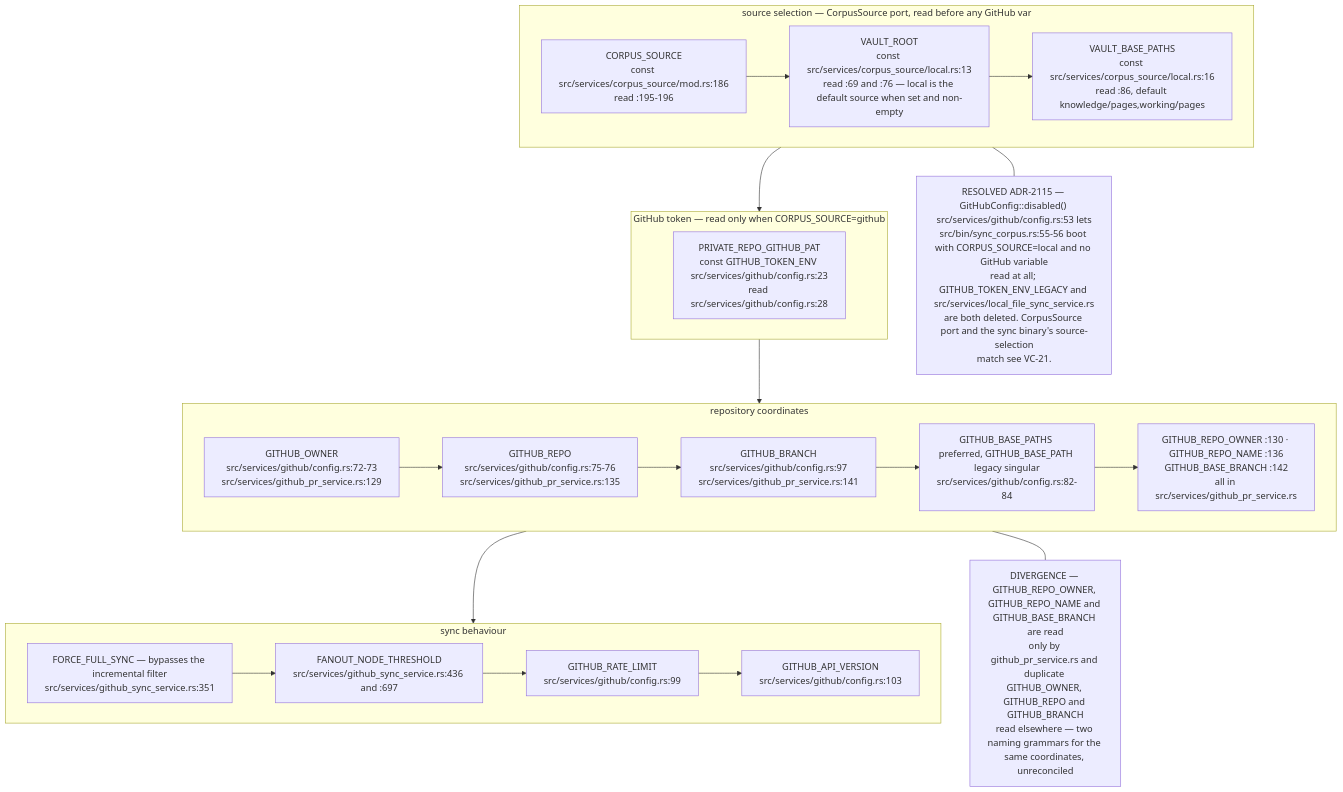
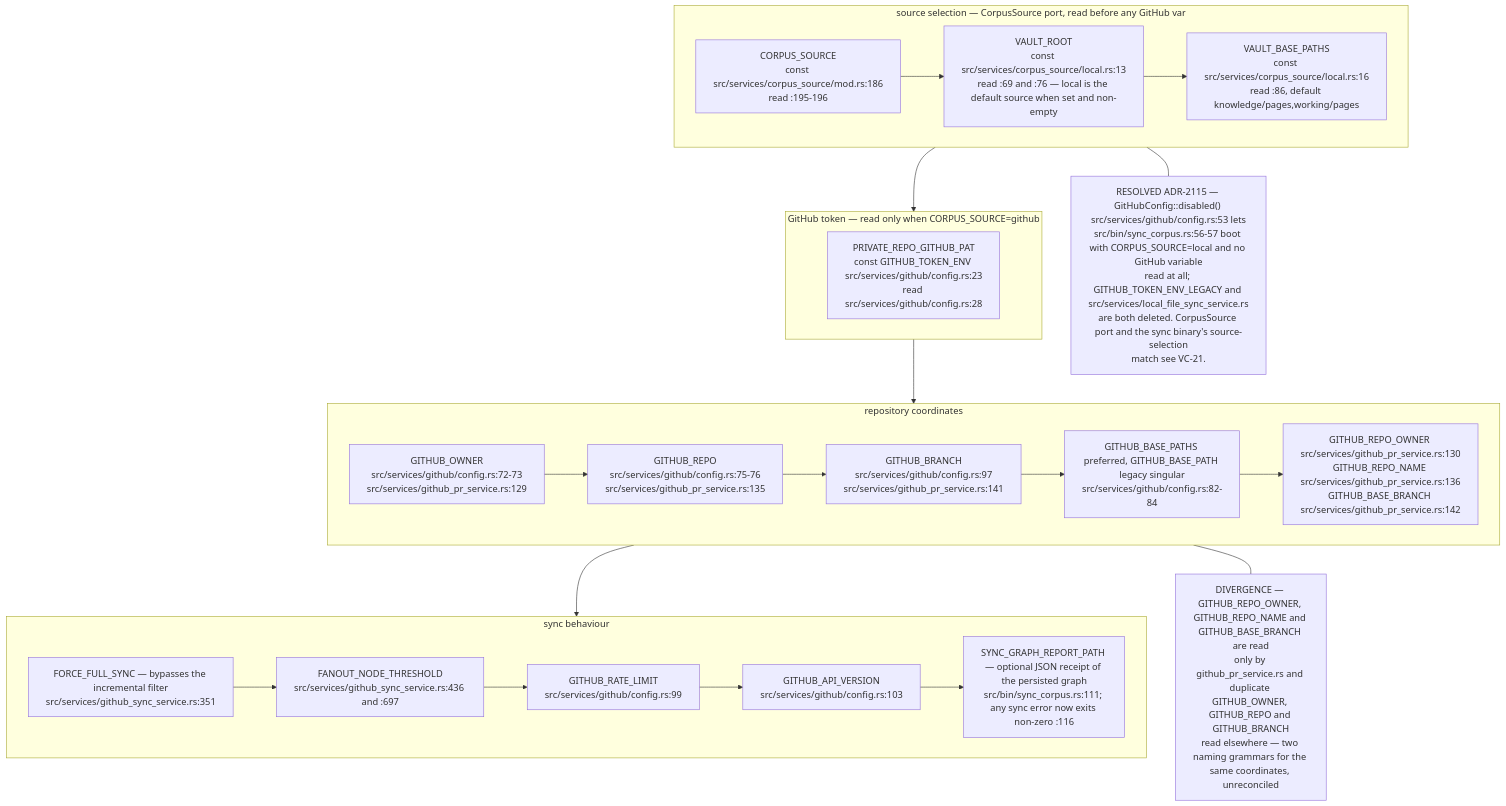
Diagram 11 of 15 in docs/diagrams/visionclaw/09-config-and-env-flags.md (DreamLab-AI/VisionFlow), drawn with Mermaid before and after one commit. The commit also changed other lines of this file and 94 other files, not shown here.

First line of the commit message:
docs(diagrams): re-verify 130 topics against 2 October HEADs

````diff
--- a/docs/diagrams/visionclaw/09-config-and-env-flags.md
+++ b/docs/diagrams/visionclaw/09-config-and-env-flags.md
@@ -447,20 +447,20 @@
 ```mermaid
 flowchart TB
     subgraph SEL["source selection — CorpusSource port, read before any GitHub var"]
         C1["CORPUS_SOURCE<br/>const src/services/corpus_source/mod.rs:186<br/>read :195-196"] --> C2["VAULT_ROOT<br/>const src/services/corpus_source/local.rs:13<br/>read :69 and :76 — local is the default source when set and non-empty"] --> C3["VAULT_BASE_PATHS<br/>const src/services/corpus_source/local.rs:16<br/>read :86, default knowledge/pages,working/pages"]
     end
     subgraph TOK["GitHub token — read only when CORPUS_SOURCE=github"]
         T1["PRIVATE_REPO_GITHUB_PAT<br/>const GITHUB_TOKEN_ENV src/services/github/config.rs:23<br/>read src/services/github/config.rs:28"]
     end
     subgraph LOC["repository coordinates"]
-        L1["GITHUB_OWNER<br/>src/services/github/config.rs:72-73<br/>src/services/github_pr_service.rs:129"] --> L2["GITHUB_REPO<br/>src/services/github/config.rs:75-76<br/>src/services/github_pr_service.rs:135"] --> L3["GITHUB_BRANCH<br/>src/services/github/config.rs:97<br/>src/services/github_pr_service.rs:141"] --> L4["GITHUB_BASE_PATHS preferred, GITHUB_BASE_PATH legacy singular<br/>src/services/github/config.rs:82-84"] --> L5["GITHUB_REPO_OWNER :130 · GITHUB_REPO_NAME :136<br/>GITHUB_BASE_BRANCH :142<br/>all in src/services/github_pr_service.rs"]
+        L1["GITHUB_OWNER<br/>src/services/github/config.rs:72-73<br/>src/services/github_pr_service.rs:129"] --> L2["GITHUB_REPO<br/>src/services/github/config.rs:75-76<br/>src/services/github_pr_service.rs:135"] --> L3["GITHUB_BRANCH<br/>src/services/github/config.rs:97<br/>src/services/github_pr_service.rs:141"] --> L4["GITHUB_BASE_PATHS preferred, GITHUB_BASE_PATH legacy singular<br/>src/services/github/config.rs:82-84"] --> L5["GITHUB_REPO_OWNER src/services/github_pr_service.rs:130<br/>GITHUB_REPO_NAME src/services/github_pr_service.rs:136<br/>GITHUB_BASE_BRANCH src/services/github_pr_service.rs:142"]
     end
     subgraph BEHAV["sync behaviour"]
-        B1["FORCE_FULL_SYNC — bypasses the incremental filter<br/>src/services/github_sync_service.rs:351"] --> B2["FANOUT_NODE_THRESHOLD<br/>src/services/github_sync_service.rs:436 and :697"] --> B3["GITHUB_RATE_LIMIT<br/>src/services/github/config.rs:99"] --> B4["GITHUB_API_VERSION<br/>src/services/github/config.rs:103"]
+        B1["FORCE_FULL_SYNC — bypasses the incremental filter<br/>src/services/github_sync_service.rs:351"] --> B2["FANOUT_NODE_THRESHOLD<br/>src/services/github_sync_service.rs:436 and :697"] --> B3["GITHUB_RATE_LIMIT<br/>src/services/github/config.rs:99"] --> B4["GITHUB_API_VERSION<br/>src/services/github/config.rs:103"] --> B5["SYNC_GRAPH_REPORT_PATH — optional JSON receipt of the persisted graph<br/>src/bin/sync_corpus.rs:111; any sync error now exits non-zero :116"]
     end
     SEL --> TOK --> LOC --> BEHAV
     N4["DIVERGENCE — GITHUB_REPO_OWNER, GITHUB_REPO_NAME and GITHUB_BASE_BRANCH are read<br/>only by github_pr_service.rs and duplicate GITHUB_OWNER, GITHUB_REPO and GITHUB_BRANCH<br/>read elsewhere — two naming grammars for the same coordinates, unreconciled"]
     LOC --- N4
-    N5["RESOLVED ADR-2115 — GitHubConfig::disabled() src/services/github/config.rs:53 lets<br/>src/bin/sync_corpus.rs:55-56 boot with CORPUS_SOURCE=local and no GitHub variable<br/>read at all; GITHUB_TOKEN_ENV_LEGACY and src/services/local_file_sync_service.rs<br/>are both deleted. CorpusSource port and the sync binary's source-selection<br/>match see VC-21."]
+    N5["RESOLVED ADR-2115 — GitHubConfig::disabled() src/services/github/config.rs:53 lets<br/>src/bin/sync_corpus.rs:56-57 boot with CORPUS_SOURCE=local and no GitHub variable<br/>read at all; GITHUB_TOKEN_ENV_LEGACY and src/services/local_file_sync_service.rs<br/>are both deleted. CorpusSource port and the sync binary's source-selection<br/>match see VC-21."]
     SEL --- N5
 ```
````
